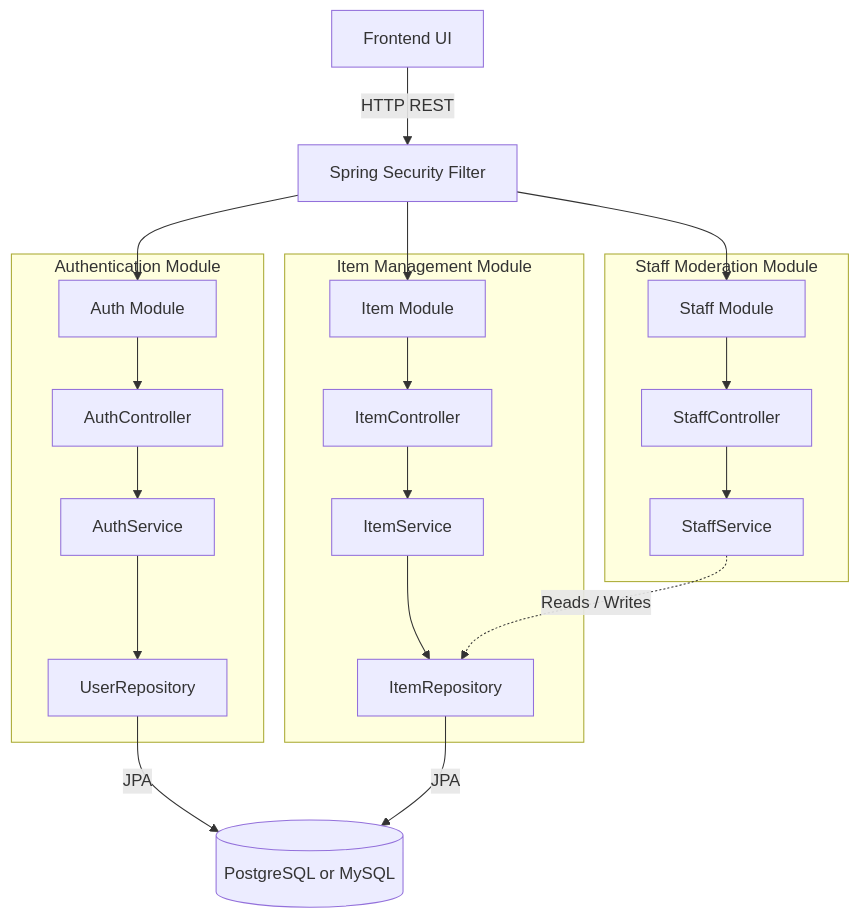
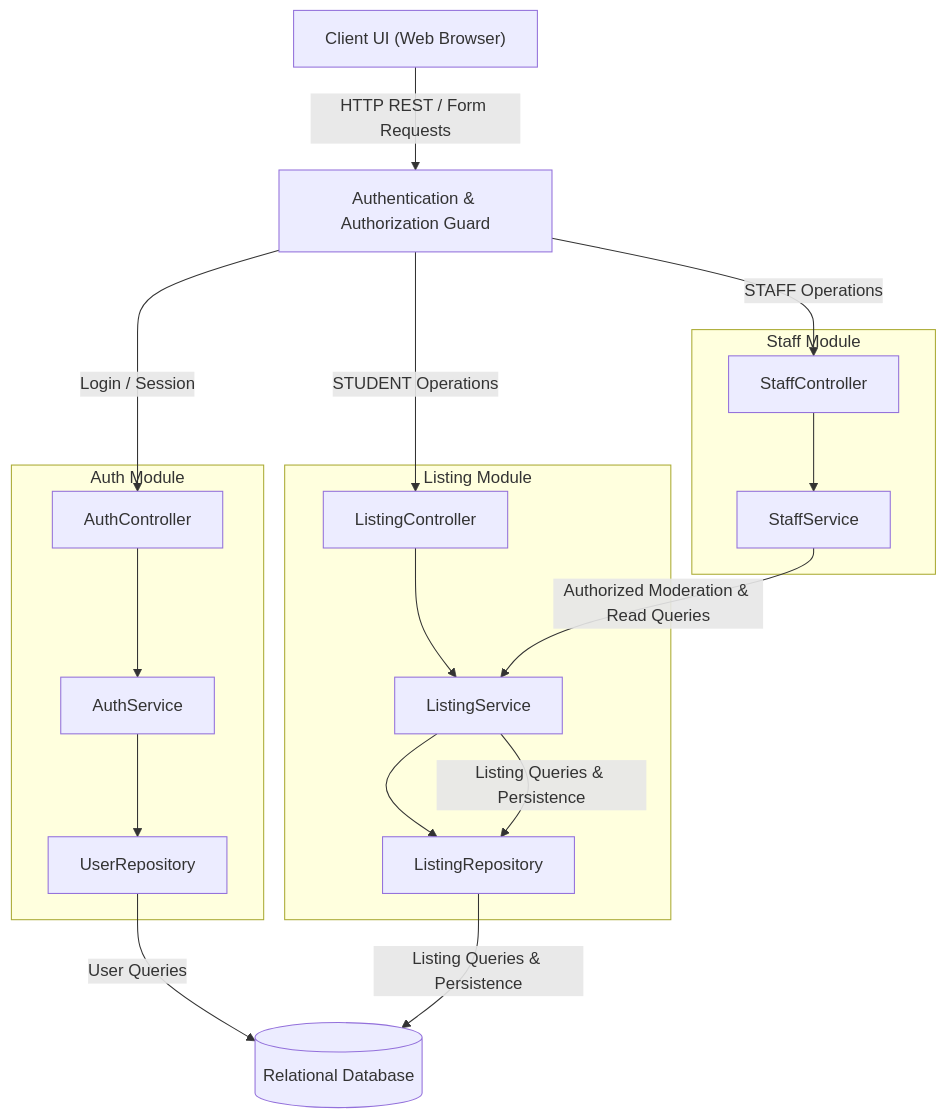
One commit to isetareh/Find-My changed the diagram in docs/design/architecture.md. Above: the diagram before and after it, drawn with Mermaid. The commit also changed other lines of this file, not shown here.

````diff
--- a/docs/design/architecture.md
+++ b/docs/design/architecture.md
@@ -20,33 +18,29 @@
 ```mermaid
 flowchart TD
-    UI["Frontend UI"]
-    SEC["Spring Security Filter"]
-    DB[("PostgreSQL or MySQL")]
+    UI["Client UI (Web Browser)"]
+    AuthGuard["Authentication & Authorization Guard"]
+    DB[("Relational Database")]
 
-    UI -->|"HTTP REST"| SEC
-
-    SEC --> AUTH["Auth Module"]
-    SEC --> ITEM["Item Module"]
-    SEC --> STAFF["Staff Module"]
-
-    subgraph AUTH_MODULE["Authentication Module"]
-        AUTH --> AC["AuthController"]
-        AC --> AS["AuthService"]
-        AS --> UR["UserRepository"]
+    subgraph AuthModule ["Auth Module"]
+        AC["AuthController"] --> AS["AuthService"] --> UR["UserRepository"]
     end
 
-    subgraph ITEM_MODULE["Item Management Module"]
-        ITEM --> IC["ItemController"]
-        IC --> IS["ItemService"]
-        IS --> IR["ItemRepository"]
+    subgraph ListingModule ["Listing Module"]
+        LC["ListingController"] --> LS["ListingService"] --> LR["ListingRepository"]
     end
 
-    subgraph STAFF_MODULE["Staff Moderation Module"]
-        STAFF --> SC["StaffController"]
-        SC --> SS["StaffService"]
-        SS -.->|"Reads / Writes"| IR
+    subgraph StaffModule ["Staff Module"]
+        SC["StaffController"] --> SS["StaffService"]
     end
 
-    UR -->|"JPA"| DB
-    IR -->|"JPA"| DB
+    UI -->|"HTTP REST / Form Requests"| AuthGuard
+    AuthGuard -->|"Login / Session"| AC
+    AuthGuard -->|"STUDENT Operations"| LC
+    AuthGuard -->|"STAFF Operations"| SC
+
+    SS -->|"Authorized Moderation & Read Queries"| LS
+    LS -->|"Listing Queries & Persistence"| LR
+
+    UR -->|"User Queries"| DB
+    LR -->|"Listing Queries & Persistence"| DB
 ```
````
